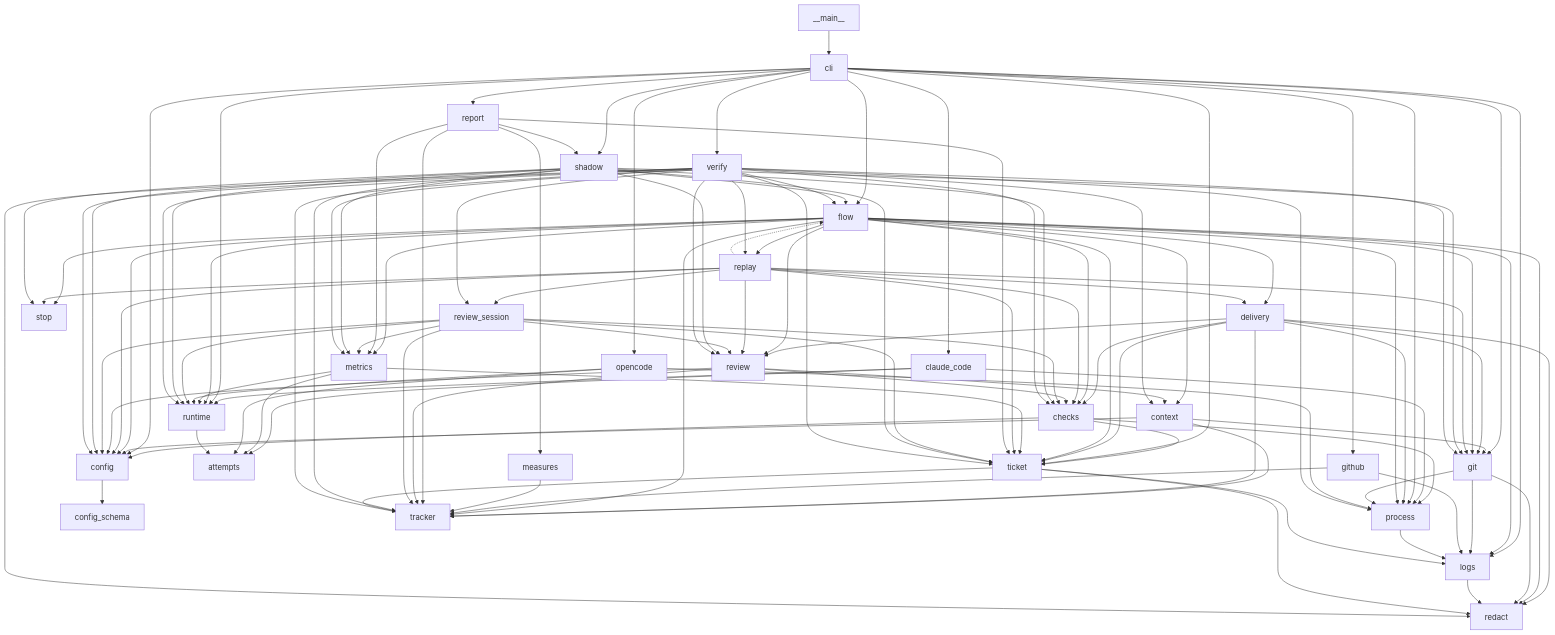
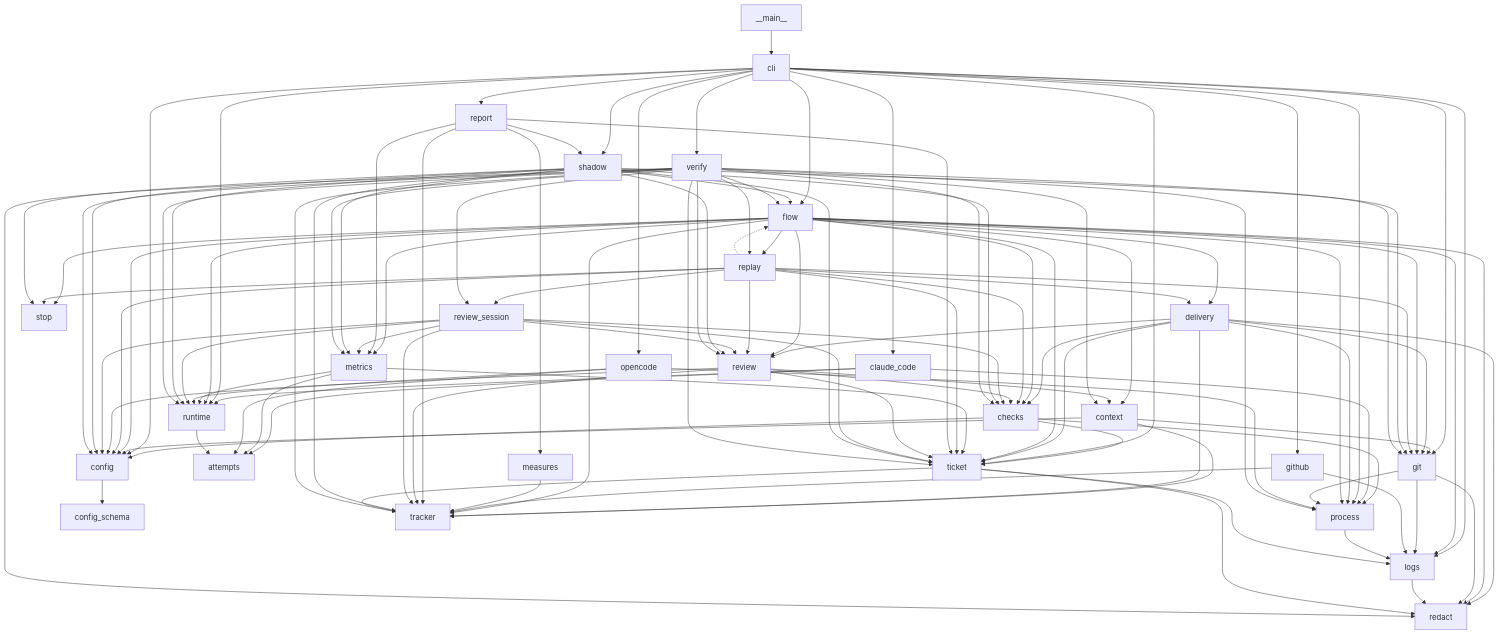
Before and after one commit to plaplanche/ariane: the first of 6 diagrams in docs/architecture/3-components.md, drawn with Mermaid. The commit also changed 9 other files, not shown here.

```diff
--- a/docs/architecture/3-components.md
+++ b/docs/architecture/3-components.md
@@ -86,6 +86,7 @@
   review --> checks
   review --> config
   review --> context
+  review --> ticket
   review --> tracker
   review_session --> checks
   review_session --> config
```
